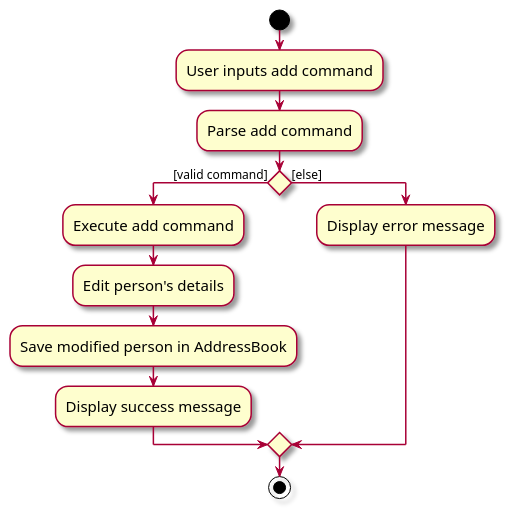
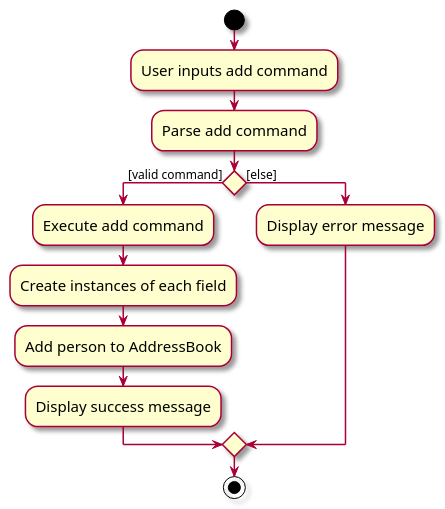
Before and after one commit to Ragnapop/tp: the diagram in diagrams/AddDiagram.puml, drawn with PlantUML. The commit also changed 46 other files, not shown here.

```diff
--- a/diagrams/AddDiagram.puml
+++ b/diagrams/AddDiagram.puml
@@ -1,21 +1,21 @@
 @startuml
 skin rose
 skinparam ActivityFontSize 15
 skinparam ArrowFontSize 12
 start
 :User inputs add command;
 :Parse add command;
 
 'Since the beta syntax does not support placing the condition outside the
 'diamond we place it as the true branch instead.
 
 if () then ([valid command])
     :Execute add command;
-    :Edit person's details;
-    :Save modified person in AddressBook;
+    :Create instances of each field;
+    :Add person to AddressBook;
     :Display success message;
 else ([else])
     :Display error message;
 endif
 stop
 @enduml
```
